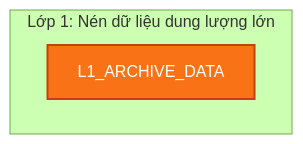
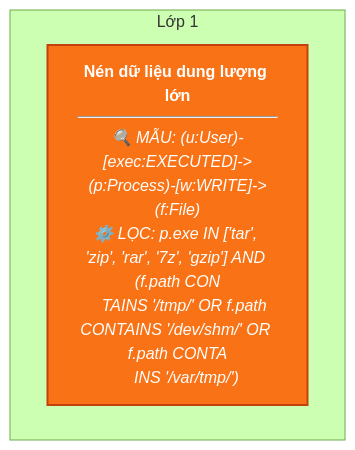
The third of 14 diagrams in all_rules/README.md (ttm62/bug-free-doodle), drawn with Mermaid (forest theme) before and after one commit. The commit also changed other lines of this file and 31 other files, not shown here.

````diff
--- a/all_rules/README.md
+++ b/all_rules/README.md
@@ -42,11 +42,11 @@
 ```mermaid
 graph TD
     classDef low fill:#fef08a,stroke:#ca8a04,stroke-width:2px,color:#854d0e;
     classDef medium fill:#f97316,stroke:#c2410c,stroke-width:2px,color:#fff;
     classDef high fill:#dc2626,stroke:#991b1b,stroke-width:2px,color:#fff;
     classDef critical fill:#7f1d1d,stroke:#450a0a,stroke-width:2px,color:#fff;
 
-    subgraph Layer1 ["Lớp 1: Nén dữ liệu dung lượng lớn"]
-        L1_ARCHIVE_DATA["L1_ARCHIVE_DATA"]:::medium
+    subgraph Layer_L1_ARCHIVE_DATA ["Lớp 1"]
+        L1_ARCHIVE_DATA["<b>Nén dữ liệu dung lượng lớn</b><br/><hr/><i>🔍 MẪU: (u:User)-[exec:EXECUTED]->(p:Process)-[w:WRITE]->(f:File)<br/>⚙️ LỌC: p.exe IN ['tar', 'zip', 'rar', '7z', 'gzip'] AND (f.path CON<br/>&nbsp;&nbsp;&nbsp;&nbsp;TAINS '/tmp/' OR f.path CONTAINS '/dev/shm/' OR f.path CONTA<br/>&nbsp;&nbsp;&nbsp;&nbsp;INS '/var/tmp/')</i>"]:::medium
     end
 ```
````
